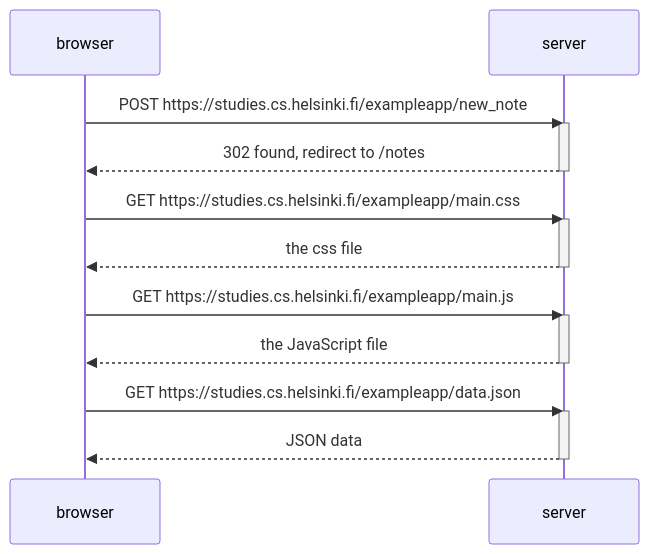
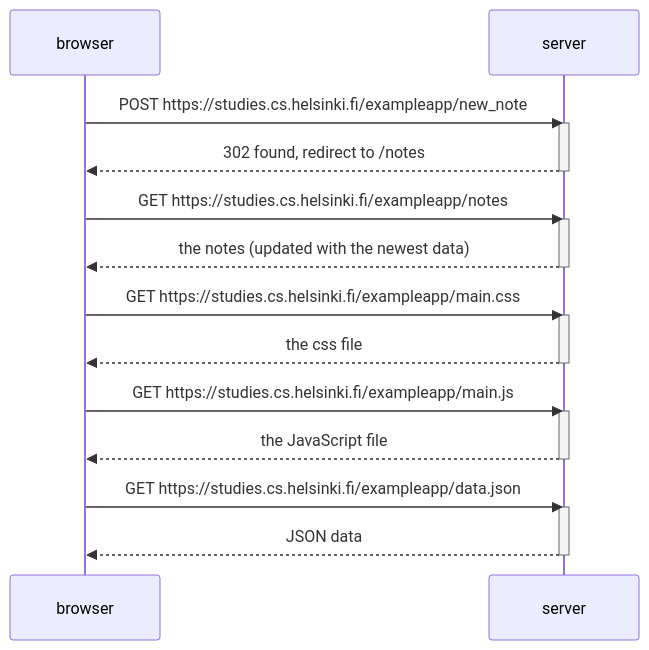
The diagram in osa0/04.md (TeemuHarinen/fullstackopen), drawn with Mermaid before and after one commit.

````diff
--- a/osa0/04.md
+++ b/osa0/04.md
@@ -2,25 +2,30 @@
 ```mermaid
 sequenceDiagram
     participant browser
     participant server
     
     browser->>server: POST https://studies.cs.helsinki.fi/exampleapp/new_note
     activate server
     server-->>browser: 302 found, redirect to /notes
+    deactivate server
+    
+    browser->>server: GET https://studies.cs.helsinki.fi/exampleapp/notes
+    activate server
+    server-->>browser: the notes (updated with the newest data)
     deactivate server
     
     browser->>server: GET https://studies.cs.helsinki.fi/exampleapp/main.css
     activate server
     server-->>browser: the css file
     deactivate server
     
     browser->>server: GET https://studies.cs.helsinki.fi/exampleapp/main.js
     activate server
     server-->>browser: the JavaScript file
     deactivate server
     
     browser->>server: GET https://studies.cs.helsinki.fi/exampleapp/data.json
     activate server
     server-->>browser: JSON data
     deactivate server
 ```
````
